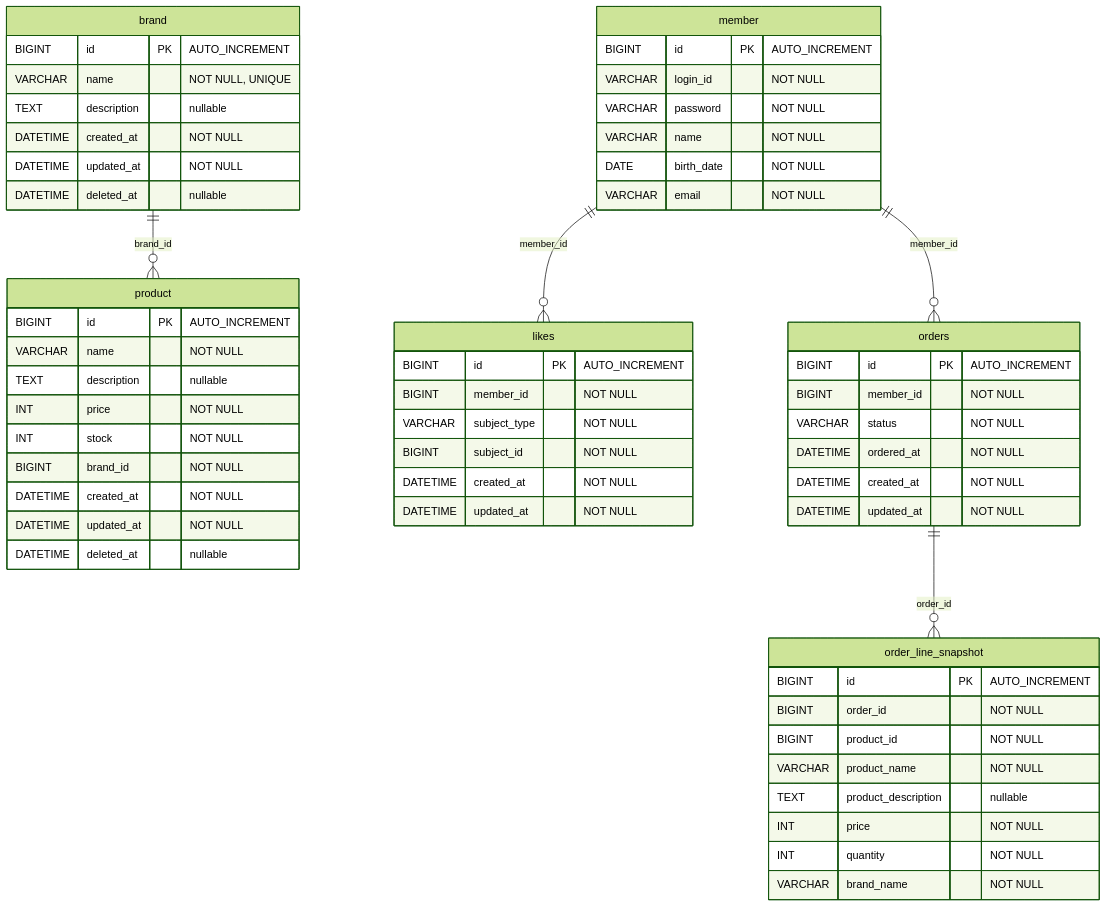
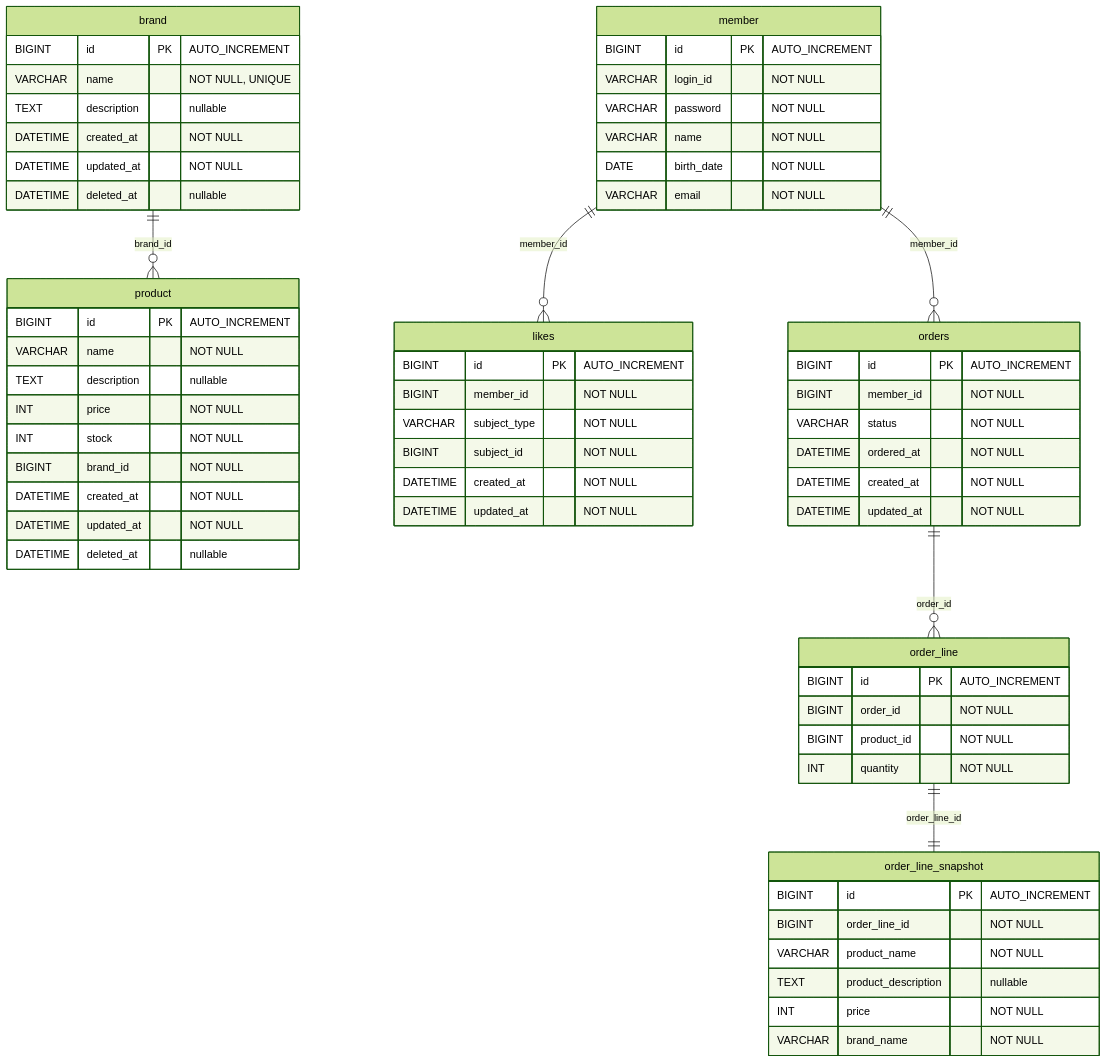
The diagram in docs/design/04-erd.md (APapeIsName/loop-pack-be-l2-vol3-java), drawn with Mermaid (forest theme) before and after one commit. The commit also changed other lines of this file and 66 other files, not shown here.

````diff
--- a/docs/design/04-erd.md
+++ b/docs/design/04-erd.md
@@ -11,66 +11,72 @@
 ```mermaid
 erDiagram
     member {
         BIGINT id PK "AUTO_INCREMENT"
         VARCHAR login_id "NOT NULL"
         VARCHAR password "NOT NULL"
         VARCHAR name "NOT NULL"
         DATE birth_date "NOT NULL"
         VARCHAR email "NOT NULL"
     }
 
     brand {
         BIGINT id PK "AUTO_INCREMENT"
         VARCHAR name "NOT NULL, UNIQUE"
         TEXT description "nullable"
         DATETIME created_at "NOT NULL"
         DATETIME updated_at "NOT NULL"
         DATETIME deleted_at "nullable"
     }
 
     product {
         BIGINT id PK "AUTO_INCREMENT"
         VARCHAR name "NOT NULL"
         TEXT description "nullable"
         INT price "NOT NULL"
         INT stock "NOT NULL"
         BIGINT brand_id "NOT NULL"
         DATETIME created_at "NOT NULL"
         DATETIME updated_at "NOT NULL"
         DATETIME deleted_at "nullable"
     }
 
     likes {
         BIGINT id PK "AUTO_INCREMENT"
         BIGINT member_id "NOT NULL"
         VARCHAR subject_type "NOT NULL"
         BIGINT subject_id "NOT NULL"
         DATETIME created_at "NOT NULL"
         DATETIME updated_at "NOT NULL"
     }
 
     orders {
         BIGINT id PK "AUTO_INCREMENT"
         BIGINT member_id "NOT NULL"
         VARCHAR status "NOT NULL"
         DATETIME ordered_at "NOT NULL"
         DATETIME created_at "NOT NULL"
         DATETIME updated_at "NOT NULL"
     }
 
-    order_line_snapshot {
+    order_line {
         BIGINT id PK "AUTO_INCREMENT"
         BIGINT order_id "NOT NULL"
         BIGINT product_id "NOT NULL"
+        INT quantity "NOT NULL"
+    }
+
+    order_line_snapshot {
+        BIGINT id PK "AUTO_INCREMENT"
+        BIGINT order_line_id "NOT NULL"
         VARCHAR product_name "NOT NULL"
         TEXT product_description "nullable"
         INT price "NOT NULL"
-        INT quantity "NOT NULL"
         VARCHAR brand_name "NOT NULL"
     }
 
     brand ||--o{ product : "brand_id"
     member ||--o{ likes : "member_id"
     member ||--o{ orders : "member_id"
-    orders ||--o{ order_line_snapshot : "order_id"
+    orders ||--o{ order_line : "order_id"
+    order_line ||--|| order_line_snapshot : "order_line_id"
 ```
````
